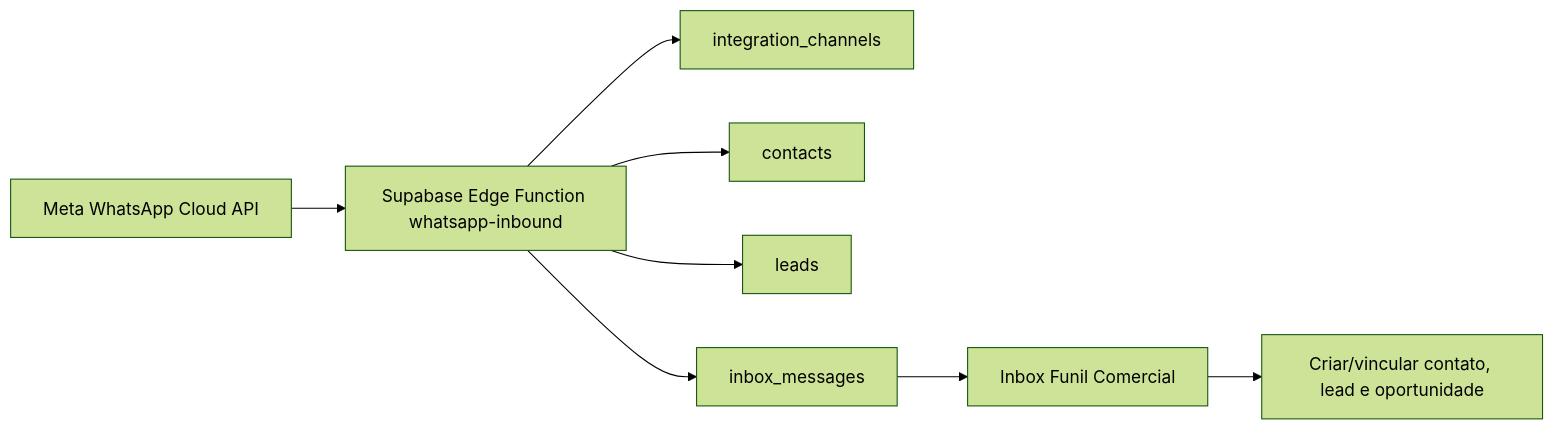
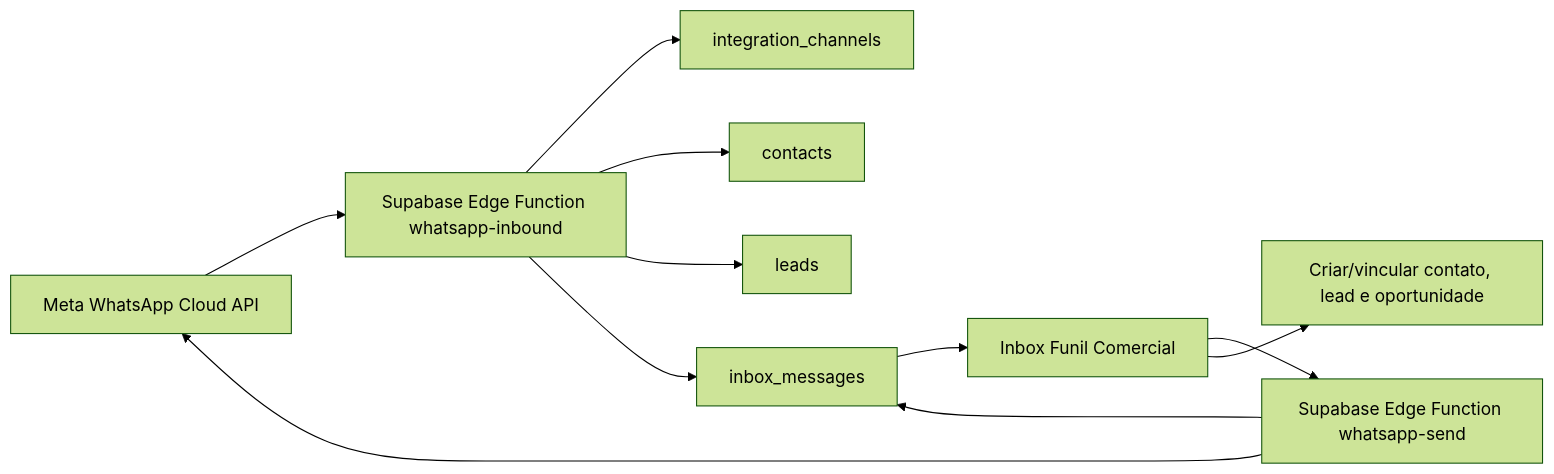
One commit to leoferrazbrasil/funil-comercial changed the diagram in docs/whatsapp-cloud-api-integration.md. Above: the diagram before and after it, drawn with Mermaid (forest theme). The commit also changed other lines of this file and 5 other files, not shown here.

Commit message:
Add WhatsApp outbound send function

````diff
--- a/docs/whatsapp-cloud-api-integration.md
+++ b/docs/whatsapp-cloud-api-integration.md
@@ -28,10 +28,13 @@
 ```mermaid
 flowchart LR
   Meta["Meta WhatsApp Cloud API"] --> Webhook["Supabase Edge Function whatsapp-inbound"]
   Webhook --> Channel["integration_channels"]
   Webhook --> Contacts["contacts"]
   Webhook --> Leads["leads"]
   Webhook --> Inbox["inbox_messages"]
   Inbox --> UI["Inbox Funil Comercial"]
+  UI --> Send["Supabase Edge Function whatsapp-send"]
+  Send --> Meta
+  Send --> Inbox
   UI --> CRM["Criar/vincular contato, lead e oportunidade"]
 ```
````
